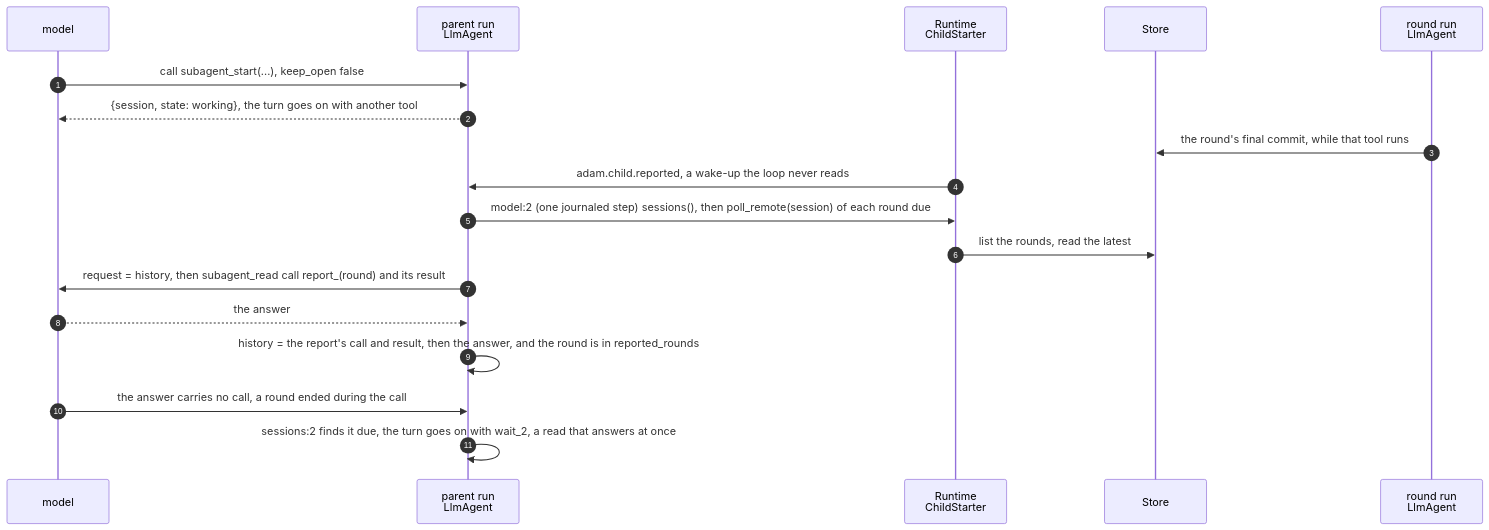
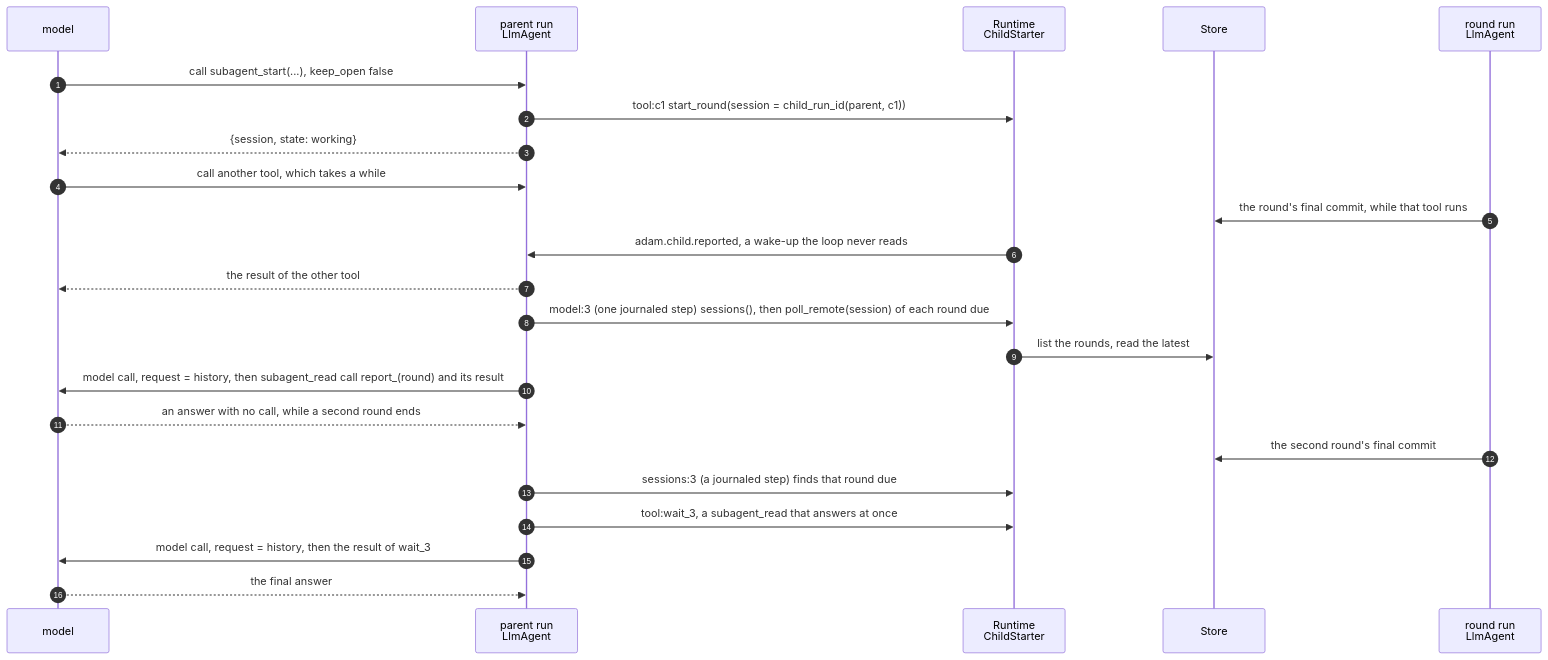
The fifth of 10 diagrams in docs/reference/child-runs.md (vymalo/another-adam-rs), drawn with Mermaid before and after one commit. The commit also changed other lines of this file and 3 other files, not shown here.

````diff
--- a/docs/reference/child-runs.md
+++ b/docs/reference/child-runs.md
@@ -296,20 +299,25 @@
 ```mermaid
 sequenceDiagram
     autonumber
     participant M as model
     participant P as parent run<br/>LlmAgent
     participant RT as Runtime<br/>ChildStarter
     participant DB as Store
     participant C as round run<br/>LlmAgent
     M->>P: call subagent_start(...), keep_open false
-    P-->>M: {session, state: working}, the turn goes on with another tool
+    P->>RT: tool:c1 start_round(session = child_run_id(parent, c1))
+    P-->>M: {session, state: working}
+    M->>P: call another tool, which takes a while
     C->>DB: the round's final commit, while that tool runs
     RT->>P: adam.child.reported, a wake-up the loop never reads
-    P->>RT: model:2 (one journaled step) sessions(), then poll_remote(session) of each round due
+    P-->>M: the result of the other tool
+    P->>RT: model:3 (one journaled step) sessions(), then poll_remote(session) of each round due
     RT->>DB: list the rounds, read the latest
-    P->>M: request = history, then subagent_read call report_(round) and its result
-    M-->>P: the answer
-    P->>P: history = the report's call and result, then the answer, and the round is in reported_rounds
-    M->>P: the answer carries no call, a round ended during the call
-    P->>P: sessions:2 finds it due, the turn goes on with wait_2, a read that answers at once
+    P->>M: model call, request = history, then subagent_read call report_(round) and its result
+    M-->>P: an answer with no call, while a second round ends
+    C->>DB: the second round's final commit
+    P->>RT: sessions:3 (a journaled step) finds that round due
+    P->>RT: tool:wait_3, a subagent_read that answers at once
+    P->>M: model call, request = history, then the result of wait_3
+    M-->>P: the final answer
 ```
````
